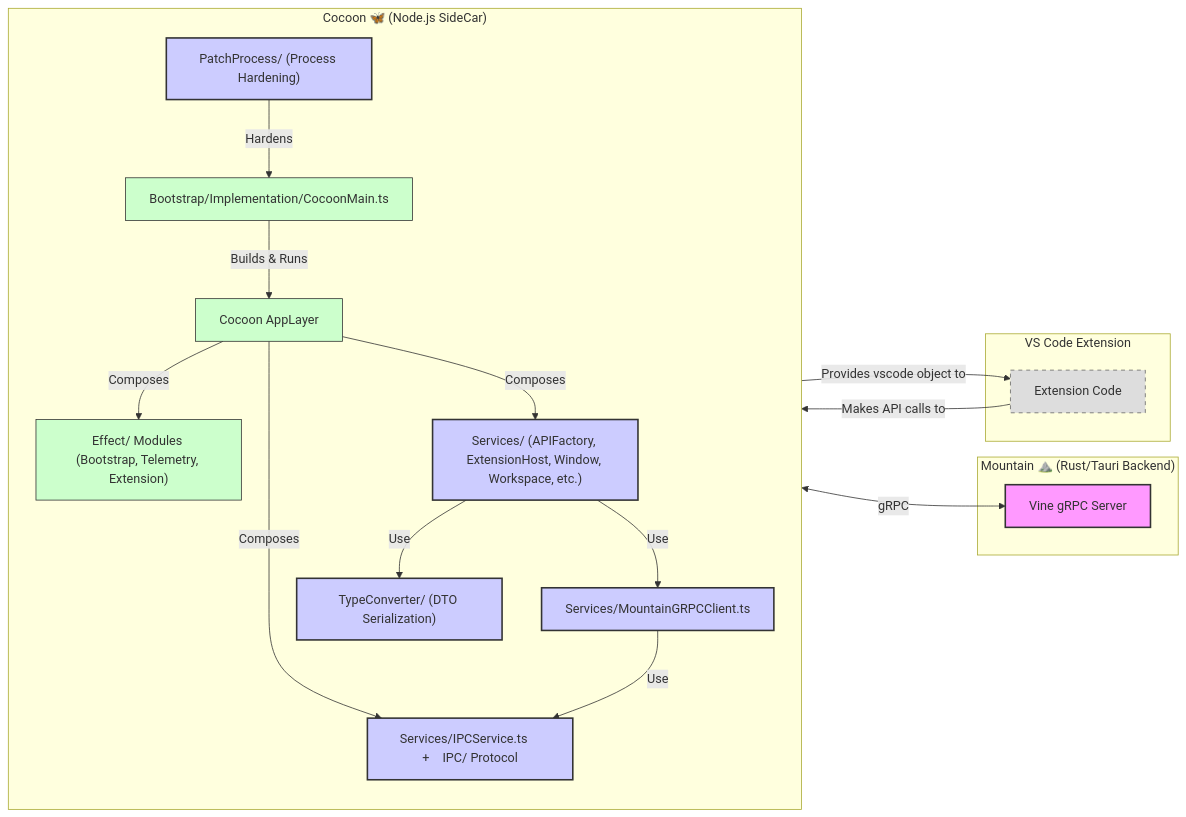
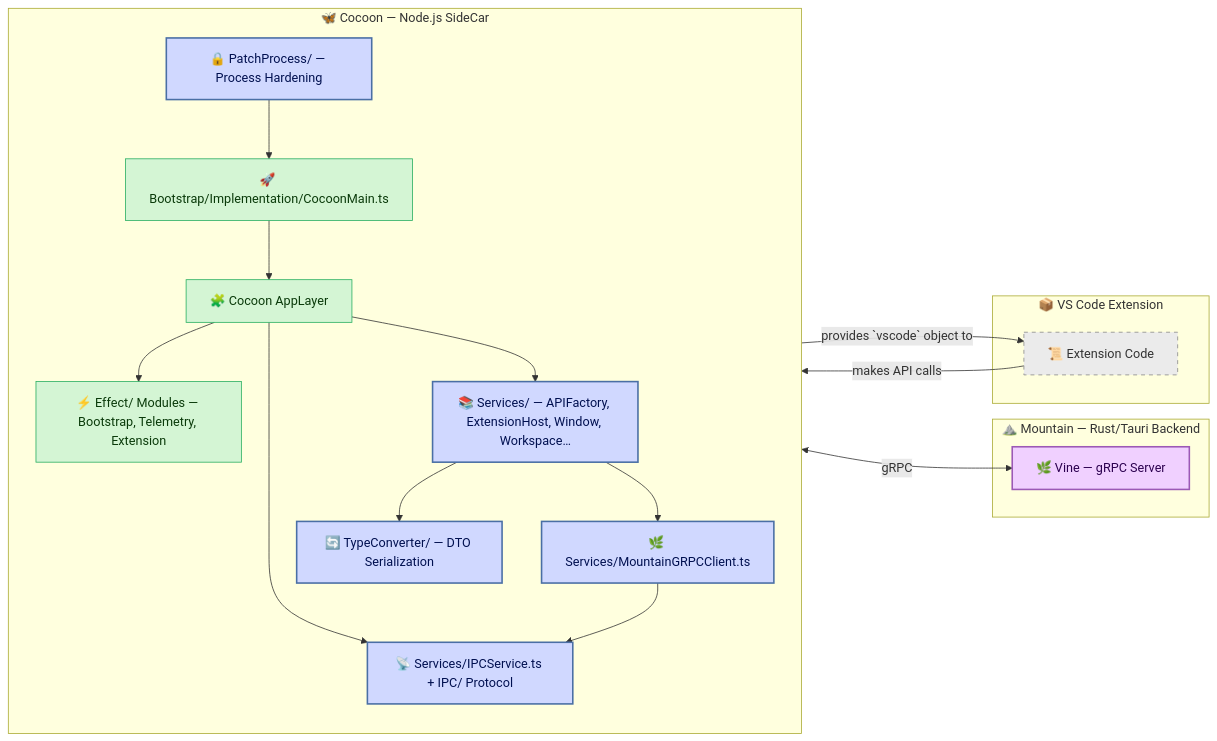
The diagram in README.md (CodeEditorLand/Cocoon), drawn with Mermaid before and after one commit. The commit also changed other lines of this file, not shown here.

Commit message:
docs: em quad spacing, backticks on keywords, enriched mermaid, table cleanup

````diff
--- a/README.md
+++ b/README.md
@@ -179,40 +156,40 @@
 ```mermaid
 graph LR
-classDef mountain fill:#f9f,stroke:#333,stroke-width:2px;
-classDef cocoon fill:#ccf,stroke:#333,stroke-width:2px;
-classDef effectts fill:#cfc,stroke:#333,stroke-width:1px;
-classDef vscode fill:#ddd,stroke:#666,stroke-width:1px,stroke-dasharray: 5 5;
+    classDef mountain fill:#f0d0ff,stroke:#9b59b6,stroke-width:2px,color:#2c0050;
+    classDef cocoon   fill:#d0d8ff,stroke:#4a6fa5,stroke-width:2px,color:#001050;
+    classDef effectts fill:#d4f5d4,stroke:#27ae60,stroke-width:1px,color:#0a3a0a;
+    classDef vscode   fill:#ebebeb,stroke:#888,stroke-width:1px,stroke-dasharray:5 5,color:#333;
 
-subgraph "Cocoon 🦋 (Node.js SideCar)"
-direction TB
-Bootstrap["Bootstrap/Implementation/CocoonMain.ts"]:::effectts
-AppLayer["Cocoon AppLayer"]:::effectts
-EffectModules["Effect/ Modules (Bootstrap, Telemetry, Extension)"]:::effectts
-PatchProcess["PatchProcess/ (Process Hardening)"]:::cocoon
-APIServices["Services/ (APIFactory, ExtensionHost, Window, Workspace, etc.)"]:::cocoon
-IPCService["Services/IPCService.ts + IPC/ Protocol"]:::cocoon
-GRPCClient["Services/MountainGRPCClient.ts"]:::cocoon
-TypeConverter["TypeConverter/ (DTO Serialization)"]:::cocoon
+    subgraph "🦋 Cocoon — Node.js SideCar"
+        direction TB
+        Bootstrap["🚀 Bootstrap/Implementation/CocoonMain.ts"]:::effectts
+        AppLayer["🧩 Cocoon AppLayer"]:::effectts
+        EffectModules["⚡ Effect/ Modules — Bootstrap, Telemetry, Extension"]:::effectts
+        PatchProcess["🔒 PatchProcess/ — Process Hardening"]:::cocoon
+        APIServices["📚 Services/ — APIFactory, ExtensionHost, Window, Workspace…"]:::cocoon
+        IPCService["📡 Services/IPCService.ts + IPC/ Protocol"]:::cocoon
+        GRPCClient["🌿 Services/MountainGRPCClient.ts"]:::cocoon
+        TypeConverter["🔄 TypeConverter/ — DTO Serialization"]:::cocoon
 
-Bootstrap -- Builds & Runs --> AppLayer
-AppLayer -- Composes --> EffectModules
-AppLayer -- Composes --> APIServices
-AppLayer -- Composes --> IPCService
-APIServices -- Use --> GRPCClient
-APIServices -- Use --> TypeConverter
-GRPCClient -- Use --> IPCService
-PatchProcess -- Hardens --> Bootstrap
-end
+        Bootstrap --> AppLayer
+        AppLayer --> EffectModules
+        AppLayer --> APIServices
+        AppLayer --> IPCService
+        APIServices --> GRPCClient
+        APIServices --> TypeConverter
+        GRPCClient --> IPCService
+        PatchProcess --> Bootstrap
+    end
 
-subgraph "Mountain ⛰️  (Rust/Tauri Backend)"
-VineGRPC["Vine gRPC Server"]:::mountain
-end
+    subgraph "⛰️ Mountain — Rust/Tauri Backend"
+        VineGRPC["🌿 Vine — gRPC Server"]:::mountain
+    end
 
-subgraph "VS Code Extension"
-ExtensionCode["Extension Code"]:::vscode
-end
+    subgraph "📦 VS Code Extension"
+        ExtensionCode["📜 Extension Code"]:::vscode
+    end
 
-APIServices -- Provides vscode object to --> ExtensionCode
-ExtensionCode -- Makes API calls to --> APIServices
-GRPCClient -- gRPC <--> VineGRPC
+    APIServices -- provides `vscode` object to --> ExtensionCode
+    ExtensionCode -- makes API calls --> APIServices
+    GRPCClient <-- gRPC --> VineGRPC
 ```
````
